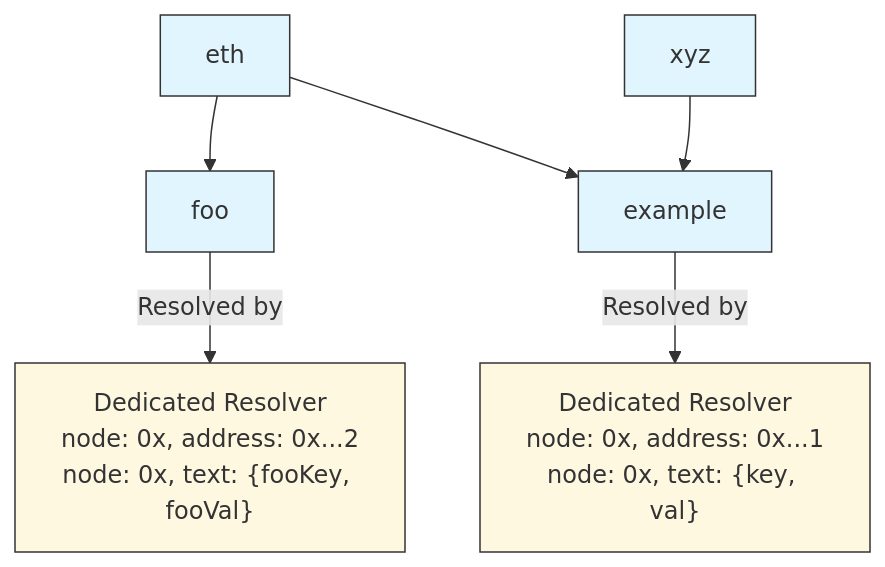
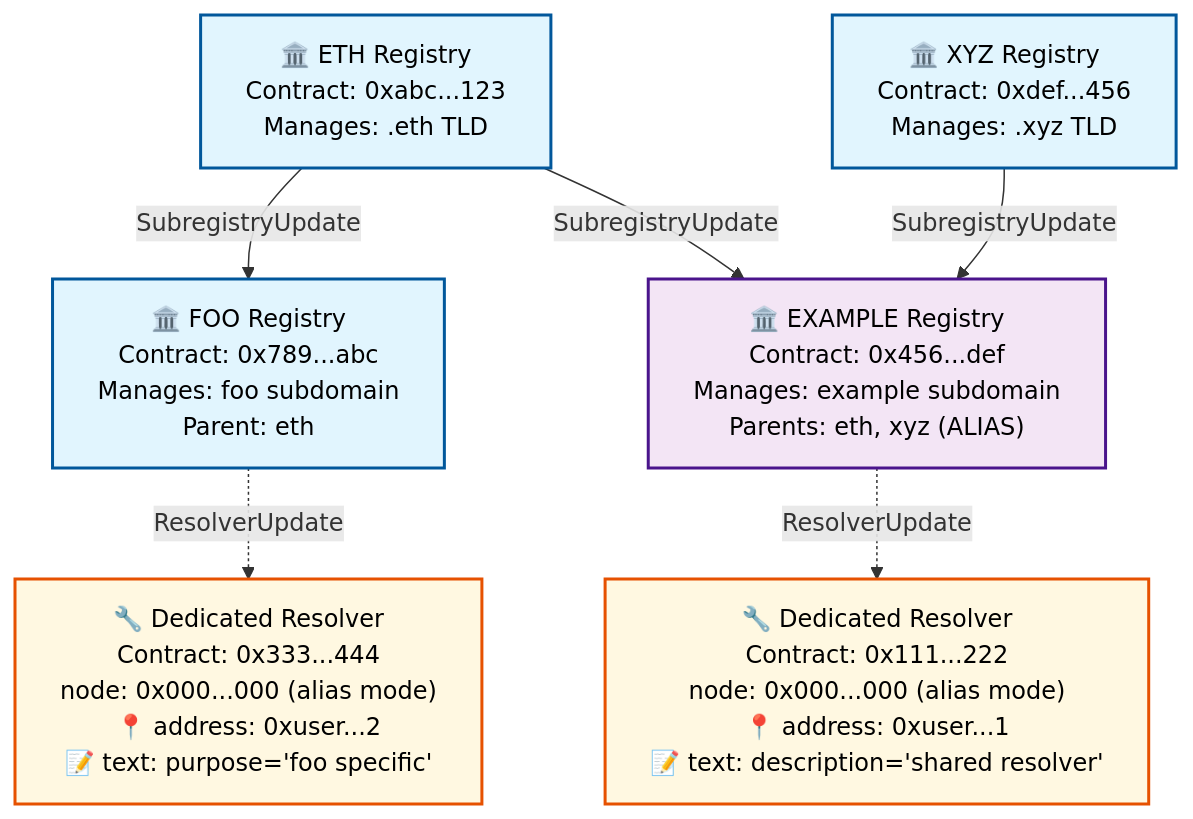
One commit to ensdomains/ensips changed the diagram in ensips/16.md. Above: the diagram before and after it, drawn with Mermaid.

Commit message:
Update diagram

````diff
--- a/ensips/16.md
+++ b/ensips/16.md
@@ -117,22 +117,25 @@
 ```mermaid
 graph TD
-    %% Registry side
-    eth[eth]
-    xyz[xyz]
-    foo[foo]
-    example[example]
+    %% Registry hierarchy
+    eth["🏛️ ETH Registry<br/>Contract: 0xabc...123<br/>Manages: .eth TLD"]
+    xyz["🏛️ XYZ Registry<br/>Contract: 0xdef...456<br/>Manages: .xyz TLD"]
+    foo["🏛️ FOO Registry<br/>Contract: 0x789...abc<br/>Manages: foo subdomain<br/>Parent: eth"]
+    example["🏛️ EXAMPLE Registry<br/>Contract: 0x456...def<br/>Manages: example subdomain<br/>Parents: eth, xyz (ALIAS)"]
     
-    eth --> foo
-    eth --> example
-    xyz --> example
+    %% Registry relationships
+    eth -->|SubregistryUpdate| foo
+    eth -->|SubregistryUpdate| example
+    xyz -->|SubregistryUpdate| example
 
-    %% Resolver side
-    example -- Resolved by --> resolver_example["Dedicated Resolver<br/>node: 0x, address: 0x...1<br/>node: 0x, text: {key, val}"]
-    foo -- Resolved by --> resolver_foo["Dedicated Resolver<br/>node: 0x, address: 0x...2<br/>node: 0x, text: {fooKey, fooVal}"]
+    %% Resolver relationships
+    example -.->|ResolverUpdate| resolver_example["🔧 Dedicated Resolver<br/>Contract: 0x111...222<br/>node: 0x000...000 (alias mode)<br/>📍 address: 0xuser...1<br/>📝 text: description='shared resolver'"]
+    foo -.->|ResolverUpdate| resolver_foo["🔧 Dedicated Resolver<br/>Contract: 0x333...444<br/>node: 0x000...000 (alias mode)<br/>📍 address: 0xuser...2<br/>📝 text: purpose='foo specific'"]
 
-    %% Styling (optional)
-    classDef registry fill:#e1f5fe,stroke:#333,stroke-width:1px;
-    classDef resolver fill:#fff8e1,stroke:#333,stroke-width:1px;
-    class eth,xyz,foo,example registry;
+    %% Styling
+    classDef registry fill:#e1f5fe,stroke:#01579b,stroke-width:2px,color:#000,text-wrap:nowrap;
+    classDef resolver fill:#fff8e1,stroke:#e65100,stroke-width:2px,color:#000,text-wrap:nowrap;
+    classDef example fill:#f3e5f5,stroke:#4a148c,stroke-width:2px,color:#000,text-wrap:nowrap;
+    class eth,xyz,foo registry;
+    class example example;
     class resolver_example,resolver_foo resolver;
 ```
````
